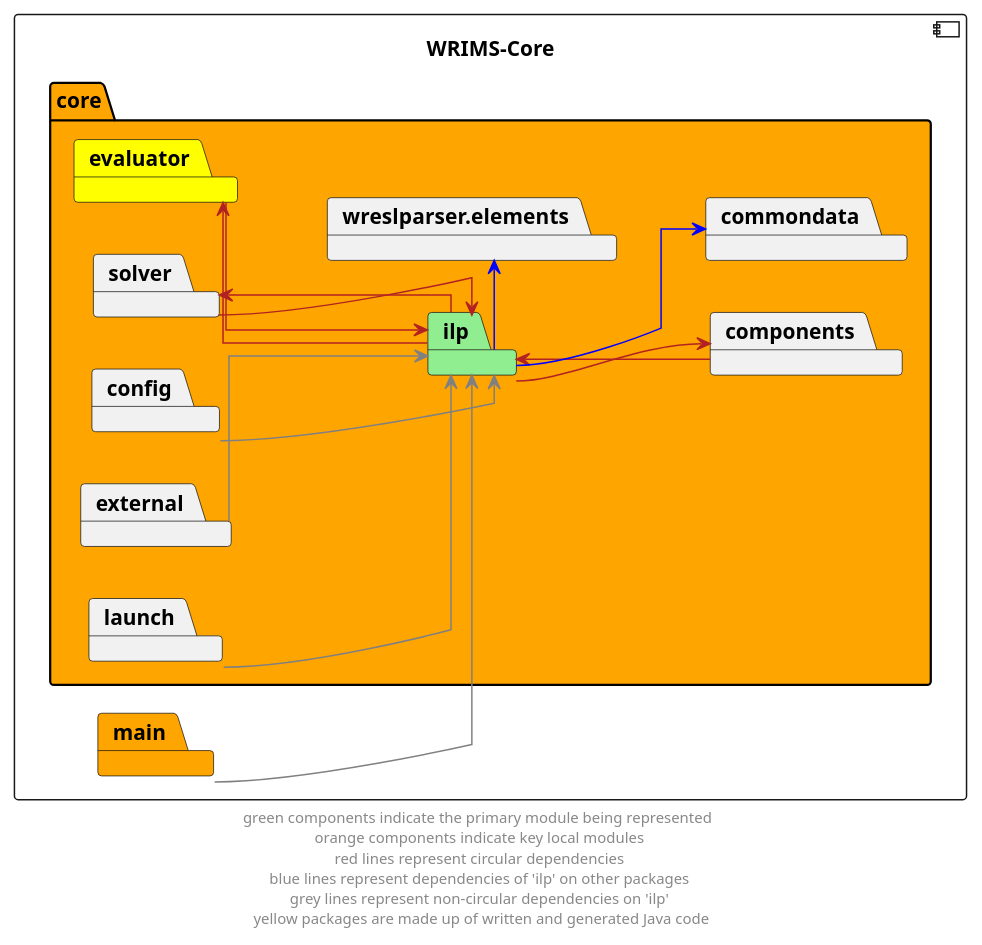
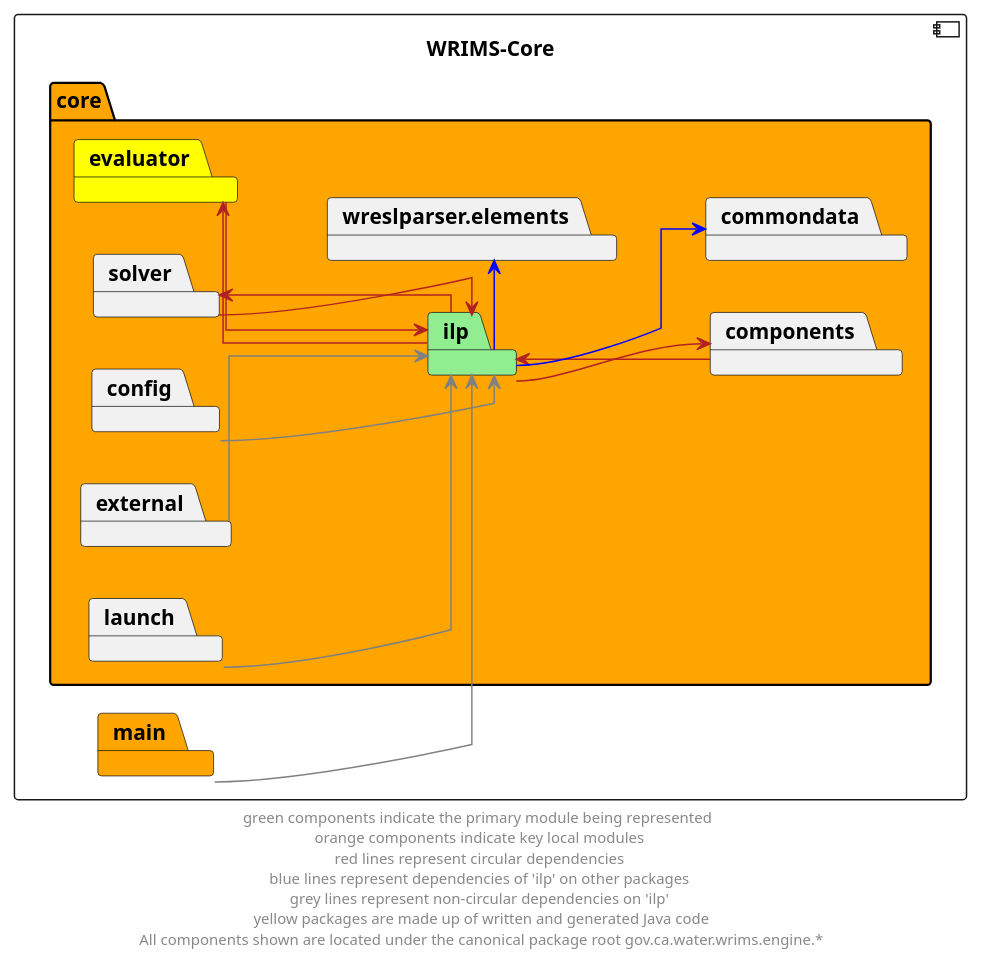
One commit to CentralValleyModeling/wrims-engine changed the diagram in docs/diagrams/wrims-core/wrims-core_ilp.puml. Above: the diagram before and after it, drawn with PlantUML. The commit also changed 34 other files, not shown here.

Commit message:
Added missing canonical tld path references to diagrams

```diff
--- a/docs/diagrams/wrims-core/wrims-core_ilp.puml
+++ b/docs/diagrams/wrims-core/wrims-core_ilp.puml
@@ -1,41 +1,41 @@
 @startuml
 left to right direction
 skinparam linetype ortho
 
 component wrims_core as "WRIMS-Core" {
     package core #orange {
         package ilp #lightgreen
         package commondata
         package components
         package evaluator #yellow
         package solver
         package wreslparser.elements
 
         package config
         package external
         package launch
     }
 package main #orange
 }
 
 ilp -->  components #firebrick
 components -left->  ilp #firebrick
 ilp -left->  evaluator #firebrick
 evaluator -->  ilp #firebrick
 ilp -left->  solver #firebrick
 solver -->  ilp #firebrick
 
 ilp -->  commondata #blue
 ilp -r->  wreslparser.elements #blue
 
 config --> ilp #grey
 external --> ilp #grey
 launch --> ilp #grey
 
 main --> ilp #grey
 
 ' The following relationships are hidden and used to format the diagram. They do not represent actual dependencies.
 'debug -r[hidden]-> evaluator
 
-footer "green components indicate the primary module being represented \n orange components indicate key local modules \n red lines represent circular dependencies \n blue lines represent dependencies of 'ilp' on other packages \n grey lines represent non-circular dependencies on 'ilp' \n yellow packages are made up of written and generated Java code"
+footer "green components indicate the primary module being represented \n orange components indicate key local modules \n red lines represent circular dependencies \n blue lines represent dependencies of 'ilp' on other packages \n grey lines represent non-circular dependencies on 'ilp' \n yellow packages are made up of written and generated Java code\n All components shown are located under the canonical package root gov.ca.water.wrims.engine.*"
 @enduml
```
